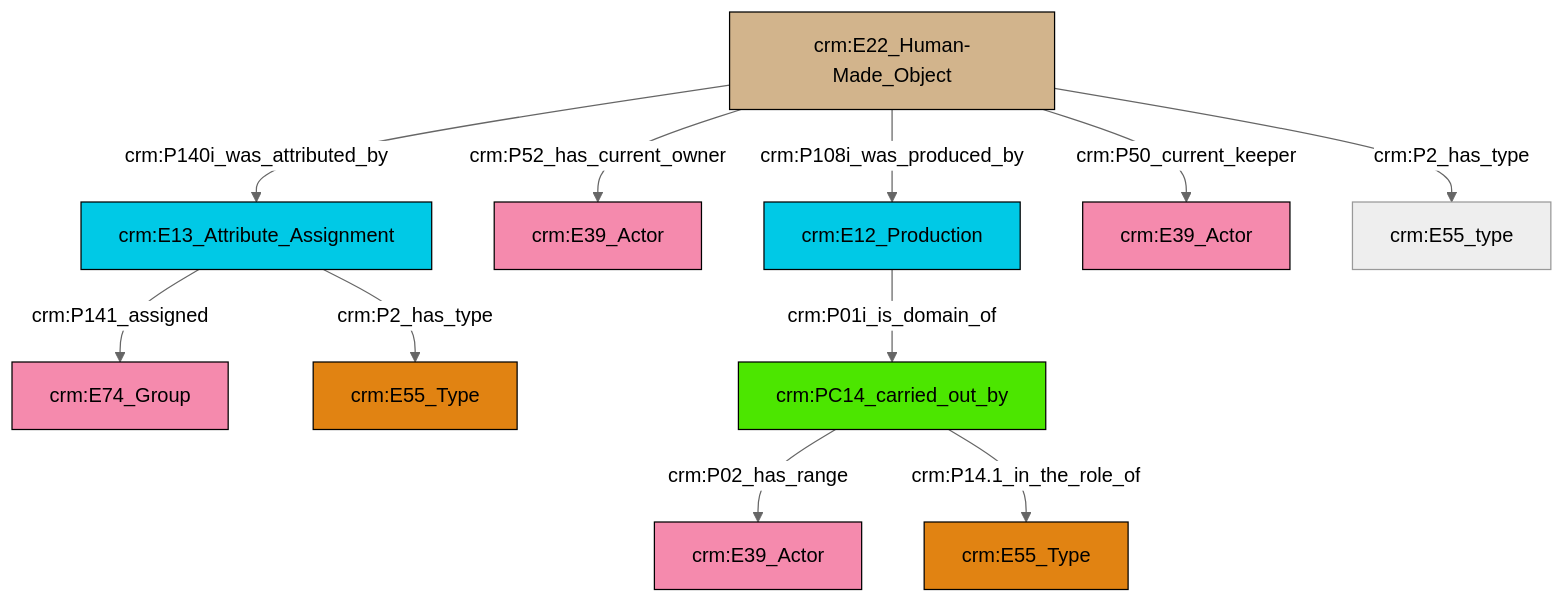
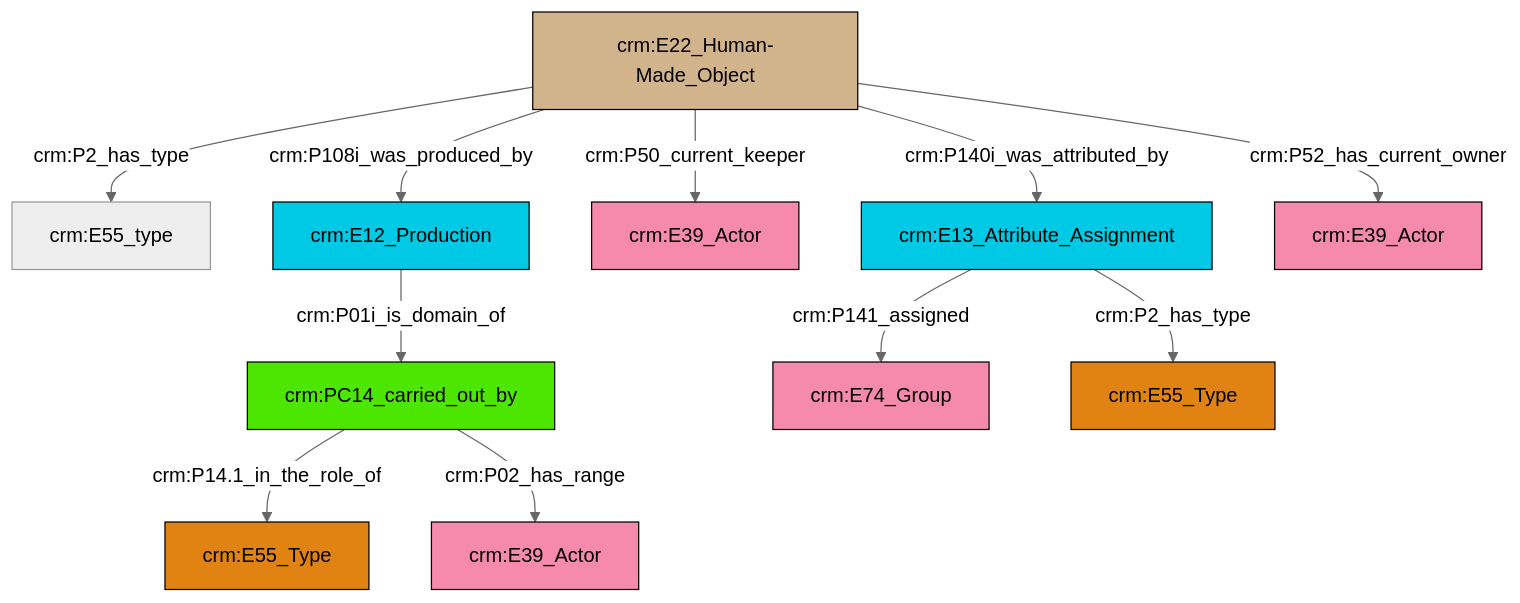
The diagram in et/artworkCSV/ttl/mmd/Artwork_Actor_Relations.ttl.mmd (swiss-art-research-net/docs.swissartresearch), drawn with Mermaid (neutral theme) before and after one commit. The commit also changed 175 other files, not shown here.

```diff
--- a/et/artworkCSV/ttl/mmd/Artwork_Actor_Relations.ttl.mmd
+++ b/et/artworkCSV/ttl/mmd/Artwork_Actor_Relations.ttl.mmd
@@ -1,25 +1,25 @@
 graph TD
 classDef Literal fill:#f2f2f2,stroke:#000000;
 classDef CRM_Entity fill:#FFFFFF,stroke:#000000;
 classDef Temporal_Entity fill:#00C9E6, stroke:#000000;
 classDef Type fill:#E18312, stroke:#000000;
 classDef Time-Span fill:#2C9C91, stroke:#000000;
 classDef Appellation fill:#FFEB7F, stroke:#000000;
 classDef Place fill:#008836, stroke:#000000;
 classDef Persistent_Item fill:#B266B2, stroke:#000000;
 classDef Conceptual_Object fill:#FFD700, stroke:#000000;
 classDef Physical_Thing fill:#D2B48C, stroke:#000000;
 classDef Actor fill:#f58aad, stroke:#000000;
 classDef PC_Classes fill:#4ce600, stroke:#000000;
 classDef Multi fill:#cccccc,stroke:#000000;
 
-0["crm:E13_Attribute_Assignment"]:::Temporal_Entity -->|crm:P141_assigned| 1["crm:E74_Group"]:::Actor
-4["crm:E22_Human-Made_Object"]:::Physical_Thing -->|crm:P140i_was_attributed_by| 0["crm:E13_Attribute_Assignment"]:::Temporal_Entity
-4["crm:E22_Human-Made_Object"]:::Physical_Thing -->|crm:P52_has_current_owner| 7["crm:E39_Actor"]:::Actor
-8["crm:PC14_carried_out_by"]:::PC_Classes -->|crm:P02_has_range| 10["crm:E39_Actor"]:::Actor
-11["crm:E12_Production"]:::Temporal_Entity -->|crm:P01i_is_domain_of| 8["crm:PC14_carried_out_by"]:::PC_Classes
-8["crm:PC14_carried_out_by"]:::PC_Classes -->|crm:P14.1_in_the_role_of| 2["crm:E55_Type"]:::Type
-4["crm:E22_Human-Made_Object"]:::Physical_Thing -->|crm:P108i_was_produced_by| 11["crm:E12_Production"]:::Temporal_Entity
-4["crm:E22_Human-Made_Object"]:::Physical_Thing -->|crm:P2_has_type| 18["crm:E55_type"]:::Default
-0["crm:E13_Attribute_Assignment"]:::Temporal_Entity -->|crm:P2_has_type| 5["crm:E55_Type"]:::Type
-4["crm:E22_Human-Made_Object"]:::Physical_Thing -->|crm:P50_current_keeper| 12["crm:E39_Actor"]:::Actor
+4["crm:E22_Human-Made_Object"]:::Physical_Thing -->|crm:P2_has_type| 5["crm:E55_type"]:::Default
+6["crm:E13_Attribute_Assignment"]:::Temporal_Entity -->|crm:P2_has_type| 7["crm:E55_Type"]:::Type
+4["crm:E22_Human-Made_Object"]:::Physical_Thing -->|crm:P50_current_keeper| 8["crm:E39_Actor"]:::Actor
+0["crm:PC14_carried_out_by"]:::PC_Classes -->|crm:P14.1_in_the_role_of| 10["crm:E55_Type"]:::Type
+4["crm:E22_Human-Made_Object"]:::Physical_Thing -->|crm:P140i_was_attributed_by| 6["crm:E13_Attribute_Assignment"]:::Temporal_Entity
+6["crm:E13_Attribute_Assignment"]:::Temporal_Entity -->|crm:P141_assigned| 2["crm:E74_Group"]:::Actor
+4["crm:E22_Human-Made_Object"]:::Physical_Thing -->|crm:P108i_was_produced_by| 12["crm:E12_Production"]:::Temporal_Entity
+4["crm:E22_Human-Made_Object"]:::Physical_Thing -->|crm:P52_has_current_owner| 17["crm:E39_Actor"]:::Actor
+0["crm:PC14_carried_out_by"]:::PC_Classes -->|crm:P02_has_range| 18["crm:E39_Actor"]:::Actor
+12["crm:E12_Production"]:::Temporal_Entity -->|crm:P01i_is_domain_of| 0["crm:PC14_carried_out_by"]:::PC_Classes
```
